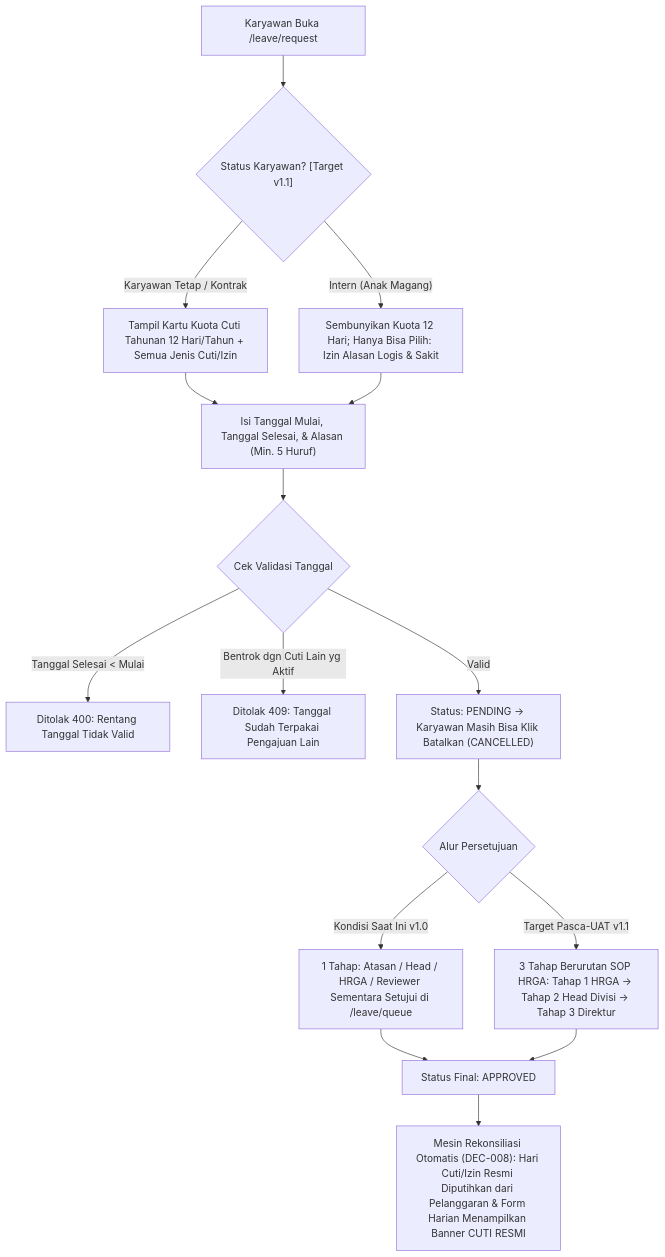
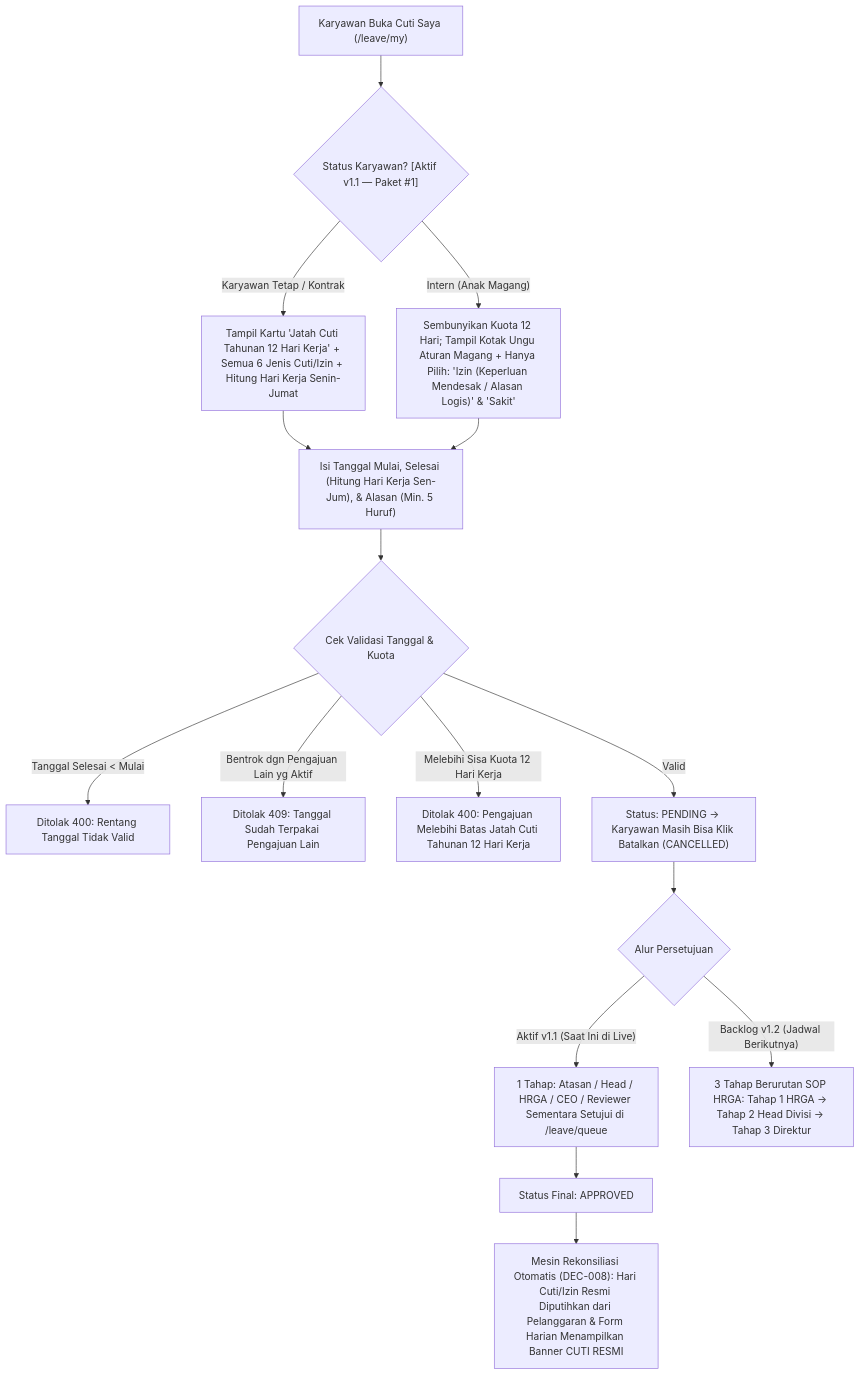
Before and after one commit to harrymx1/Dutamedia-WorkPulse: the fifth of 8 diagrams in UAT/Dokumen-Induk-Alur-dan-Kondisi-Sistem.md, drawn with Mermaid. The commit also changed other lines of this file and 1 other file, not shown here.

Commit message:
docs(uat): update master system guide to v1.1 and add post-UAT 4-package changelog

````diff
--- a/UAT/Dokumen-Induk-Alur-dan-Kondisi-Sistem.md
+++ b/UAT/Dokumen-Induk-Alur-dan-Kondisi-Sistem.md
@@ -811,18 +837,18 @@
 ```mermaid
 flowchart TD
-    A["Karyawan Buka /leave/request"] --> B{"Status Karyawan? [Target v1.1]"}
-    B -- "Karyawan Tetap / Kontrak" --> B1["Tampil Kartu Kuota Cuti Tahunan 12 Hari/Tahun + Semua Jenis Cuti/Izin"]
-    B -- "Intern (Anak Magang)" --> B2["Sembunyikan Kuota 12 Hari; Hanya Bisa Pilih: Izin Alasan Logis & Sakit"]
-    B1 --> C["Isi Tanggal Mulai, Tanggal Selesai, & Alasan (Min. 5 Huruf)"]
+    A["Karyawan Buka Cuti Saya (/leave/my)"] --> B{"Status Karyawan? [Aktif v1.1 — Paket #1]"}
+    B -- "Karyawan Tetap / Kontrak" --> B1["Tampil Kartu 'Jatah Cuti Tahunan 12 Hari Kerja' + Semua 6 Jenis Cuti/Izin + Hitung Hari Kerja Senin-Jumat"]
+    B -- "Intern (Anak Magang)" --> B2["Sembunyikan Kuota 12 Hari; Tampil Kotak Ungu Aturan Magang + Hanya Pilih: 'Izin (Keperluan Mendesak / Alasan Logis)' & 'Sakit'"]
+    B1 --> C["Isi Tanggal Mulai, Selesai (Hitung Hari Kerja Sen-Jum), & Alasan (Min. 5 Huruf)"]
     B2 --> C
-    C --> D{"Cek Validasi Tanggal"}
+    C --> D{"Cek Validasi Tanggal & Kuota"}
     D -- "Tanggal Selesai < Mulai" --> D1["Ditolak 400: Rentang Tanggal Tidak Valid"]
-    D -- "Bentrok dgn Cuti Lain yg Aktif" --> D2["Ditolak 409: Tanggal Sudah Terpakai Pengajuan Lain"]
+    D -- "Bentrok dgn Pengajuan Lain yg Aktif" --> D2["Ditolak 409: Tanggal Sudah Terpakai Pengajuan Lain"]
+    D -- "Melebihi Sisa Kuota 12 Hari Kerja" --> D3["Ditolak 400: Pengajuan Melebihi Batas Jatah Cuti Tahunan 12 Hari Kerja"]
     D -- "Valid" --> E["Status: PENDING -> Karyawan Masih Bisa Klik Batalkan (CANCELLED)"]
     E --> F{"Alur Persetujuan"}
-    F -- "Kondisi Saat Ini v1.0" --> F1["1 Tahap: Atasan / Head / HRGA / Reviewer Sementara Setujui di /leave/queue"]
-    F -- "Target Pasca-UAT v1.1" --> F2["3 Tahap Berurutan SOP HRGA: Tahap 1 HRGA -> Tahap 2 Head Divisi -> Tahap 3 Direktur"]
+    F -- "Aktif v1.1 (Saat Ini di Live)" --> F1["1 Tahap: Atasan / Head / HRGA / CEO / Reviewer Sementara Setujui di /leave/queue"]
+    F -- "Backlog v1.2 (Jadwal Berikutnya)" --> F2["3 Tahap Berurutan SOP HRGA: Tahap 1 HRGA -> Tahap 2 Head Divisi -> Tahap 3 Direktur"]
     F1 --> G["Status Final: APPROVED"]
-    F2 --> G
     G --> H["Mesin Rekonsiliasi Otomatis (DEC-008): Hari Cuti/Izin Resmi Diputihkan dari Pelanggaran & Form Harian Menampilkan Banner CUTI RESMI"]
 ```
````
